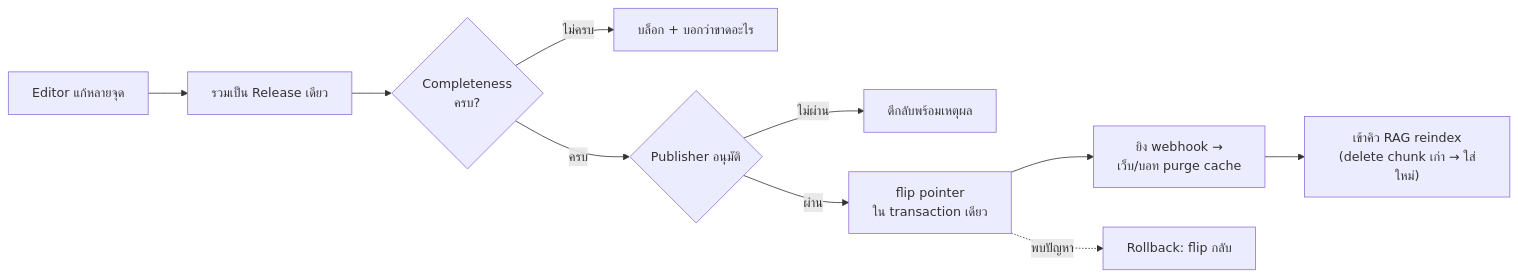
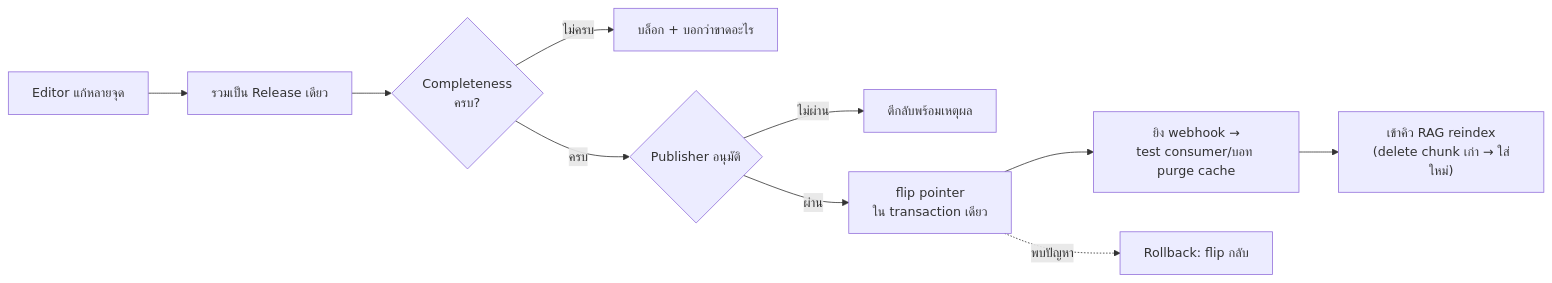
One commit to Keetawon/sena_digital_hub_mkt changed the sixth of 7 diagrams in docs/03-user-flows.md. Above: the diagram before and after it, drawn with Mermaid. The commit also changed other lines of this file and 13 other files, not shown here.

````diff
--- a/docs/03-user-flows.md
+++ b/docs/03-user-flows.md
@@ -208,12 +230,12 @@
 ```mermaid
 flowchart LR
     EDIT["Editor แก้หลายจุด"] --> SET["รวมเป็น Release เดียว"]
     SET --> GATE{"Completeness<br/>ครบ?"}
     GATE -->|ไม่ครบ| BLOCK["บล็อก + บอกว่าขาดอะไร"]
     GATE -->|ครบ| APV{"Publisher อนุมัติ"}
     APV -->|ไม่ผ่าน| BACK["ตีกลับพร้อมเหตุผล"]
     APV -->|ผ่าน| FLIP["flip pointer<br/>ใน transaction เดียว"]
-    FLIP --> HOOK["ยิง webhook →<br/>เว็บ/บอท purge cache"]
+    FLIP --> HOOK["ยิง webhook →<br/>test consumer/บอท purge cache"]
     HOOK --> RAGQ["เข้าคิว RAG reindex<br/>(delete chunk เก่า → ใส่ใหม่)"]
     FLIP -.->|พบปัญหา| RB["Rollback: flip กลับ"]
 ```
````
